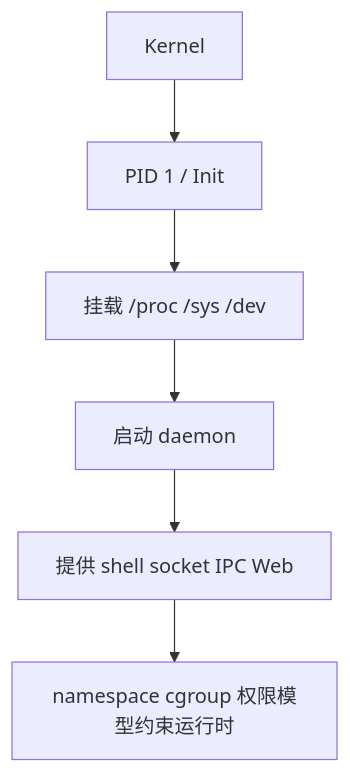
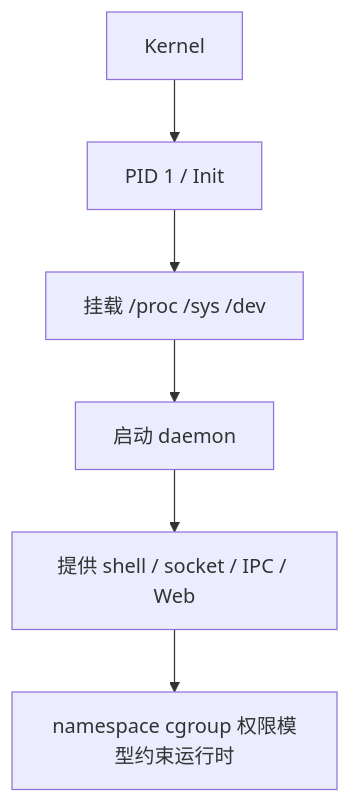
One commit to OpticalNetworkTerminal/ont-device-knownledge-base changed the diagram in docs/02-Fundamentals/LinuxRuntime/README.md. Above: the diagram before and after it, drawn with Mermaid. The commit also changed other lines of this file and 118 other files, not shown here.

````diff
--- a/docs/02-Fundamentals/LinuxRuntime/README.md
+++ b/docs/02-Fundamentals/LinuxRuntime/README.md
@@ -17,8 +30,8 @@
 ```mermaid
 flowchart TD
     A[Kernel] --> B[PID 1 / Init]
     B --> C[挂载 /proc /sys /dev]
     C --> D[启动 daemon]
-    D --> E[提供 shell socket IPC Web]
+    D --> E[提供 shell / socket / IPC / Web]
     E --> F[namespace cgroup 权限模型约束运行时]
 ```
````
